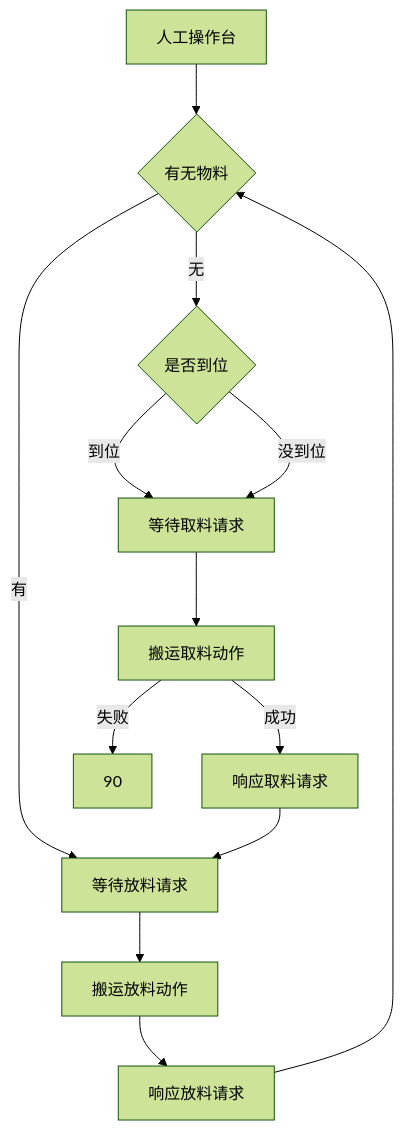
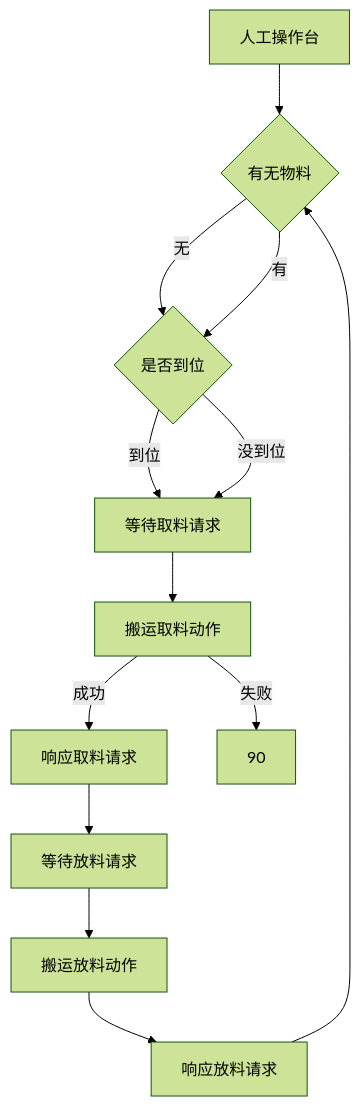
One commit to PengKun1/iodraw-files changed the diagram in all/未命名-4.md. Above: the diagram before and after it, drawn with Mermaid (forest theme).

Commit message:
2024-12-20 14:44:34 update

````diff
--- a/all/未命名-4.md
+++ b/all/未命名-4.md
@@ -1,15 +1,15 @@
 ```mermaid
 graph TD
 0[人工操作台]-->10
 10{有无物料}-->|无|20
-10-->|有|60
+10-->|有|20
 20{是否到位}-->|到位|30
 20-->|没到位|30
 30[等待取料请求]-->40
 40[搬运取料动作]-->|成功|50
 40-->|失败|90
 50[响应取料请求]-->60
 60[等待放料请求]-->70
 70[搬运放料动作]-->80
 80[响应放料请求]-->10
 ```
````
